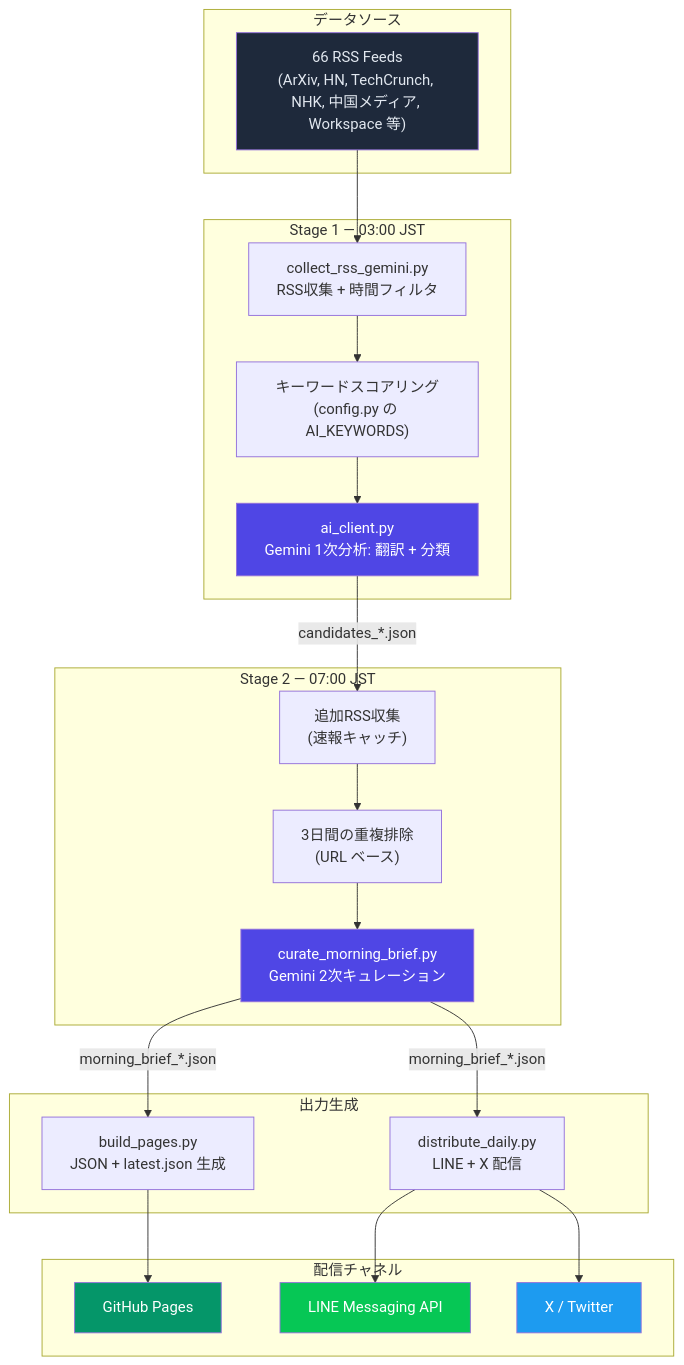
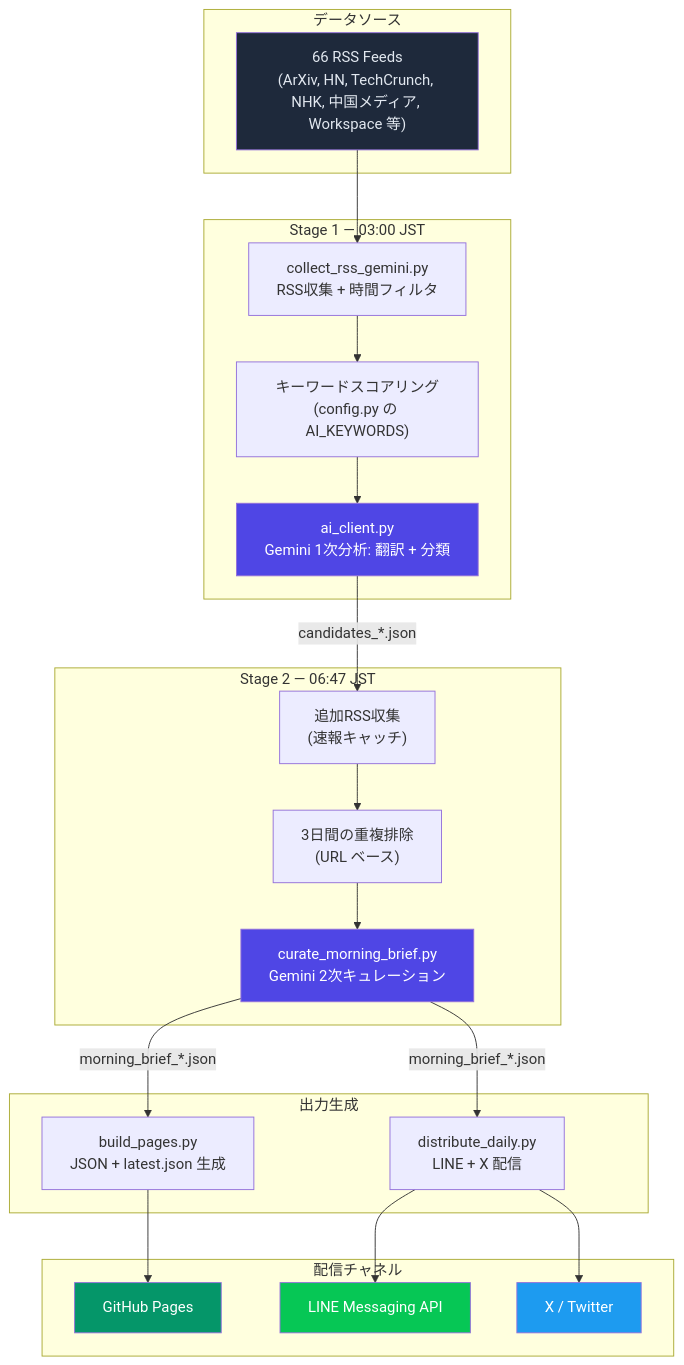
One commit to TadFuji/ai-news-bot changed the diagram in README.md. Above: the diagram before and after it, drawn with Mermaid. The commit also changed other lines of this file and 4 other files, not shown here.

````diff
--- a/README.md
+++ b/README.md
@@ -70,45 +70,45 @@
 ```mermaid
 graph TD
     subgraph "データソース"
         RSS["66 RSS Feeds<br/>(ArXiv, HN, TechCrunch, NHK, 中国メディア, Workspace 等)"]
     end
 
     subgraph "Stage 1 — 03:00 JST"
         COLLECT["collect_rss_gemini.py<br/>RSS収集 + 時間フィルタ"]
         SCORE["キーワードスコアリング<br/>(config.py の AI_KEYWORDS)"]
         GEMINI1["ai_client.py<br/>Gemini 1次分析: 翻訳 + 分類"]
     end
 
-    subgraph "Stage 2 — 07:00 JST"
+    subgraph "Stage 2 — 06:47 JST"
         FRESH["追加RSS収集<br/>(速報キャッチ)"]
         DEDUP["3日間の重複排除<br/>(URL ベース)"]
         GEMINI2["curate_morning_brief.py<br/>Gemini 2次キュレーション"]
     end
 
     subgraph "出力生成"
         BUILD["build_pages.py<br/>JSON + latest.json 生成"]
         DIST["distribute_daily.py<br/>LINE + X 配信"]
     end
 
     subgraph "配信チャネル"
         WEB["GitHub Pages"]
         LINE["LINE Messaging API"]
         X["X / Twitter"]
     end
 
     RSS --> COLLECT --> SCORE --> GEMINI1
     GEMINI1 -->|"candidates_*.json"| FRESH
     FRESH --> DEDUP --> GEMINI2
     GEMINI2 -->|"morning_brief_*.json"| BUILD
     GEMINI2 -->|"morning_brief_*.json"| DIST
     BUILD --> WEB
     DIST --> LINE
     DIST --> X
 
     style RSS fill:#1e293b,color:#e2e8f0
     style GEMINI1 fill:#4f46e5,color:#fff
     style GEMINI2 fill:#4f46e5,color:#fff
     style WEB fill:#059669,color:#fff
     style LINE fill:#06c755,color:#fff
     style X fill:#1d9bf0,color:#fff
 ```
````
